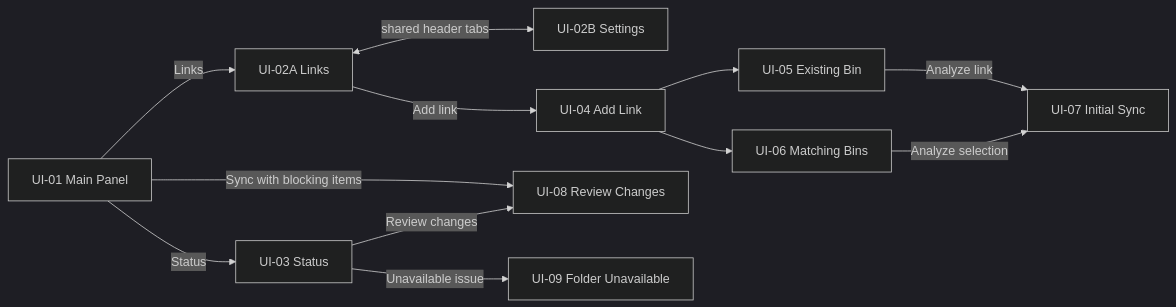
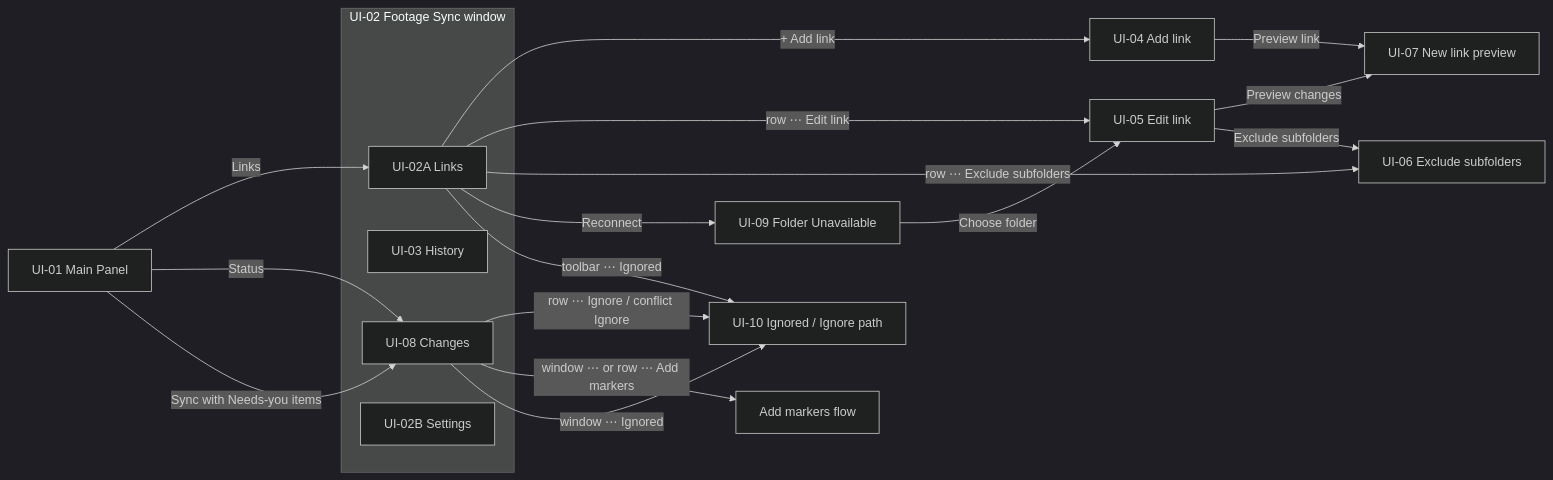
One commit to VslyDream/footage-sync changed the diagram in docs/UI_SPEC.md. Above: the diagram before and after it, drawn with Mermaid (dark theme). The commit also changed other lines of this file and 109 other files, not shown here.

First line of the commit message:
Add timeline appends, Fill Frame and ignore rules; specify UI redesign

````diff
--- a/docs/UI_SPEC.md
+++ b/docs/UI_SPEC.md
@@ -101,25 +119,33 @@
 ```mermaid
 flowchart LR
     Main["UI-01 Main Panel"]
-    Links["UI-02A Links"]
-    Settings["UI-02B Settings"]
-    Status["UI-03 Status"]
-    Add["UI-04 Add Link"]
-    Existing["UI-05 Existing Bin"]
-    Tree["UI-06 Matching Bins"]
-    Initial["UI-07 Initial Sync"]
-    Review["UI-08 Review Changes"]
+    subgraph Win["UI-02 Footage Sync window"]
+        Changes["UI-08 Changes"]
+        History["UI-03 History"]
+        Links["UI-02A Links"]
+        Settings["UI-02B Settings"]
+    end
+    Add["UI-04 Add link"]
+    Edit["UI-05 Edit link"]
+    Exclude["UI-06 Exclude subfolders"]
+    Preview["UI-07 New link preview"]
     Offline["UI-09 Folder Unavailable"]
+    Ignore["UI-10 Ignored / Ignore path"]
+    Markers["Add markers flow"]
 
     Main -->|Links| Links
-    Links <-->|shared header tabs| Settings
-    Main -->|Status| Status
-    Main -->|Sync with blocking items| Review
-    Links -->|Add link| Add
-    Add --> Existing
-    Add --> Tree
-    Existing -->|Analyze link| Initial
-    Tree -->|Analyze selection| Initial
-    Status -->|Review changes| Review
-    Status -->|Unavailable issue| Offline
+    Main -->|Status| Changes
+    Main -->|Sync with Needs-you items| Changes
+    Links -->|+ Add link| Add
+    Links -->|row ⋯ Edit link| Edit
+    Links -->|row ⋯ Exclude subfolders| Exclude
+    Links -->|Reconnect| Offline
+    Links -->|toolbar ⋯ Ignored| Ignore
+    Add -->|Preview link| Preview
+    Edit -->|Preview changes| Preview
+    Edit -->|Exclude subfolders| Exclude
+    Offline -->|Choose folder| Edit
+    Changes -->|row ⋯ Ignore / conflict Ignore| Ignore
+    Changes -->|window ⋯ or row ⋯ Add markers| Markers
+    Changes -->|window ⋯ Ignored| Ignore
 ```
````
